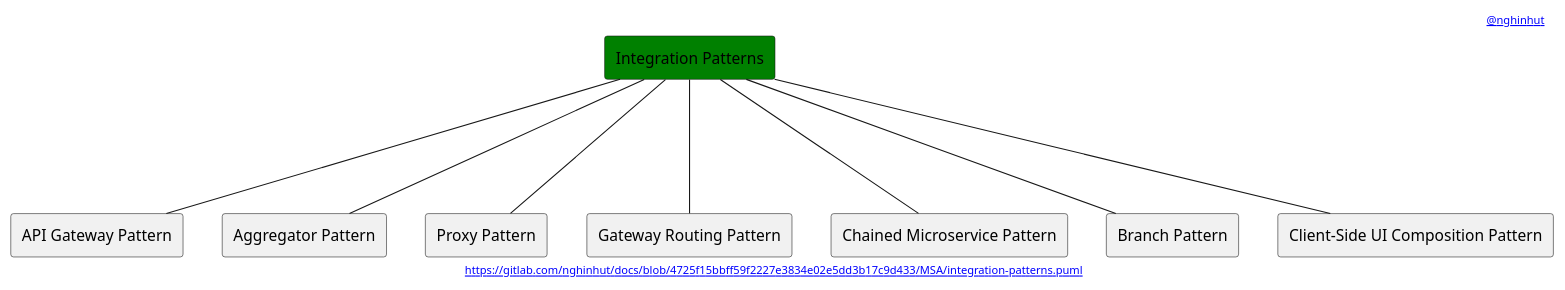
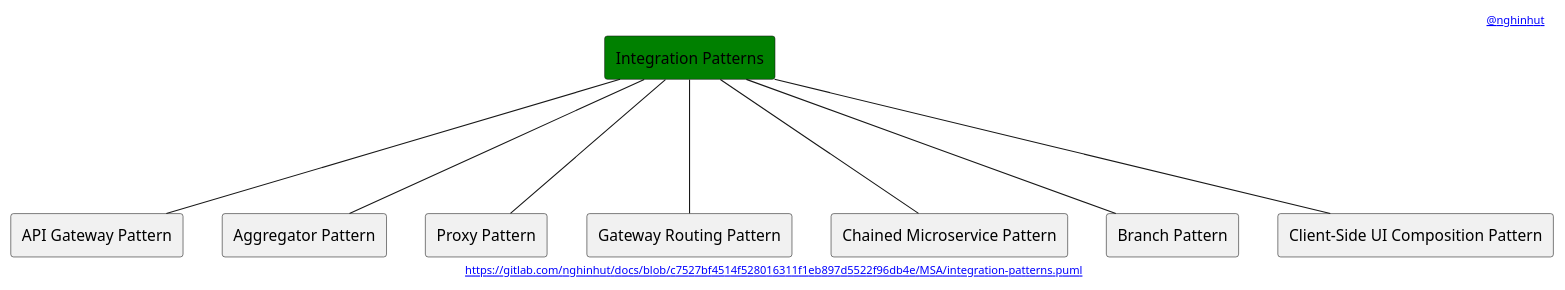
The diagram in MSA/integration-patterns.puml (nghinhut/docs), drawn with PlantUML before and after one commit. The commit also changed 17 other files, not shown here.

Commit message:
Update diagrams

```diff
--- a/MSA/integration-patterns.puml
+++ b/MSA/integration-patterns.puml
@@ -1,24 +1,24 @@
 @startuml
 '-----START auto generated metadata please keep comment here to allow auto update-----
 '-----DON'T EDIT THIS SECTION, INSTEAD RE-RUN prebuild.sh TO UPDATE-----
 header [[mailto:nghinhut@gmail.com @nghinhut]]
-footer [[http://www.plantuml.com/plantuml/proxy?fmt=svg&src=https://gitlab.com/nghinhut/docs/raw/4725f15bbff59f2227e3834e02e5dd3b17c9d433/MSA/integration-patterns.puml https://gitlab.com/nghinhut/docs/blob/4725f15bbff59f2227e3834e02e5dd3b17c9d433/MSA/integration-patterns.puml]]
+footer [[http://www.plantuml.com/plantuml/proxy?fmt=svg&src=https://gitlab.com/nghinhut/docs/raw/c7527bf4514f528016311f1eb897d5522f96db4e/MSA/integration-patterns.puml https://gitlab.com/nghinhut/docs/blob/c7527bf4514f528016311f1eb897d5522f96db4e/MSA/integration-patterns.puml]]
 '-----END auto generated metadata please keep comment here to allow auto update-----
 
 rectangle "Integration Patterns" as Integration #green
 
 rectangle "API Gateway Pattern" as IntegrationP1
 rectangle "Aggregator Pattern" as IntegrationP2
 rectangle "Proxy Pattern" as IntegrationP3
 rectangle "Gateway Routing Pattern" as IntegrationP4
 rectangle "Chained Microservice Pattern" as IntegrationP5
 rectangle "Branch Pattern" as IntegrationP6
 rectangle "Client-Side UI Composition Pattern" as IntegrationP7
 Integration --- IntegrationP1
 Integration --- IntegrationP2
 Integration --- IntegrationP3
 Integration --- IntegrationP4
 Integration --- IntegrationP5
 Integration --- IntegrationP6
 Integration --- IntegrationP7
 @enduml
```
